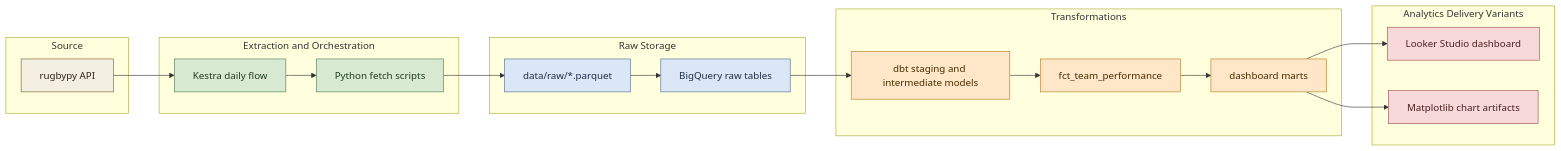
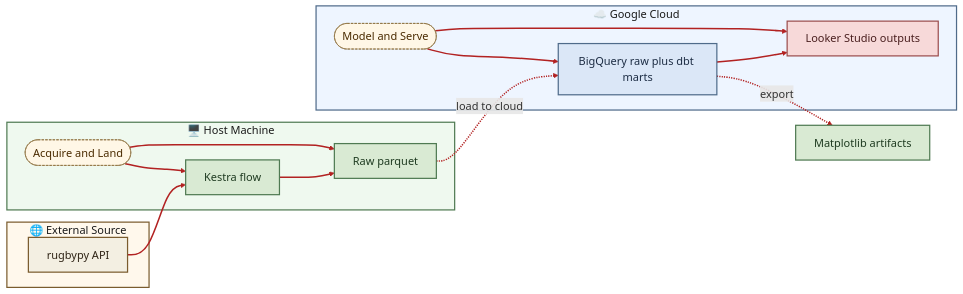
The diagram in README.md (tomkeane07/rugby-data-pipeline), drawn with Mermaid before and after one commit. The commit also changed other lines of this file and 1 other file, not shown here.

Commit message:
readme mermaid improvements

````diff
--- a/README.md
+++ b/README.md
@@ -46,42 +46,47 @@
 ```mermaid
+%%{init: {"flowchart": {"nodeSpacing": 30, "rankSpacing": 60, "diagramPadding": 8}, "themeVariables": {"fontSize": "18px", "lineColor": "#b22222", "titleColor": "#1a1a1a"}} }%%
 flowchart LR
-  classDef source fill:#f3efe2,stroke:#7a5c2e,color:#2f2416,stroke-width:1px;
-  classDef ingest fill:#d9ead3,stroke:#4f7a52,color:#1f3b21,stroke-width:1px;
-  classDef raw fill:#dbe7f7,stroke:#4f6b8a,color:#1d2d44,stroke-width:1px;
-  classDef transform fill:#fde7c8,stroke:#b7791f,color:#4a2b00,stroke-width:1px;
-  classDef serve fill:#f7d9d9,stroke:#9b4d4d,color:#4a1f1f,stroke-width:1px;
+  classDef source fill:#f3efe2,stroke:#7a5c2e,color:#2f2416,stroke-width:2px;
+  classDef host fill:#d9ead3,stroke:#4f7a52,color:#1f3b21,stroke-width:2px;
+  classDef cloud fill:#dbe7f7,stroke:#4f6b8a,color:#1d2d44,stroke-width:2px;
+  classDef serve fill:#f7d9d9,stroke:#9b4d4d,color:#4a1f1f,stroke-width:2px;
+  classDef phase fill:#fff7e6,stroke:#8a6d3b,color:#4a2b00,stroke-dasharray: 4 2;
 
-  subgraph S1[Source]
+  subgraph INTERNET["🌐 External Source"]
     A[rugbypy API]
   end
 
-  subgraph S2[Extraction and Orchestration]
-    B[Kestra daily flow]
-    C[Python fetch scripts]
+  subgraph HOST["🖥️ Host Machine"]
+    H1([Acquire and Land])
+    B[Kestra flow]
+    C[Raw parquet]
   end
 
-  subgraph S3[Raw Storage]
-    D[data/raw/*.parquet]
-    E[BigQuery raw tables]
+  subgraph GCP["☁️ Google Cloud"]
+    G1([Model and Serve])
+    D[BigQuery raw plus dbt marts]
+    E[Looker Studio outputs]
   end
 
-  subgraph S4[Transformations]
-    F[dbt staging and intermediate models]
-    G[fct_team_performance]
-    H[dashboard marts]
-  end
+  A --> B --> C
+  C -. load to cloud .-> D
+  D --> E
+  D -. export .-> F[Matplotlib artifacts]
 
-  subgraph S5[Analytics Delivery Variants]
-    I[Looker Studio dashboard]
-    J[Matplotlib chart artifacts]
-  end
-
-  A --> B --> C --> D --> E --> F --> G --> H --> I
-  H --> J
+  H1 --> B
+  H1 --> C
+  G1 --> D
+  G1 --> E
 
   class A source;
-  class B,C ingest;
-  class D,E raw;
-  class F,G,H transform;
-  class I,J serve;
+  class B,C,F host;
+  class D cloud;
+  class E serve;
+  class H1,G1 phase;
+
+  linkStyle default stroke:#b22222,stroke-width:2.5px,opacity:1;
+
+  style INTERNET fill:#fff8ec,stroke:#7a5c2e,stroke-width:2px
+  style HOST fill:#eff9ef,stroke:#4f7a52,stroke-width:2px
+  style GCP fill:#eef5ff,stroke:#4f6b8a,stroke-width:2px
 ```
````
